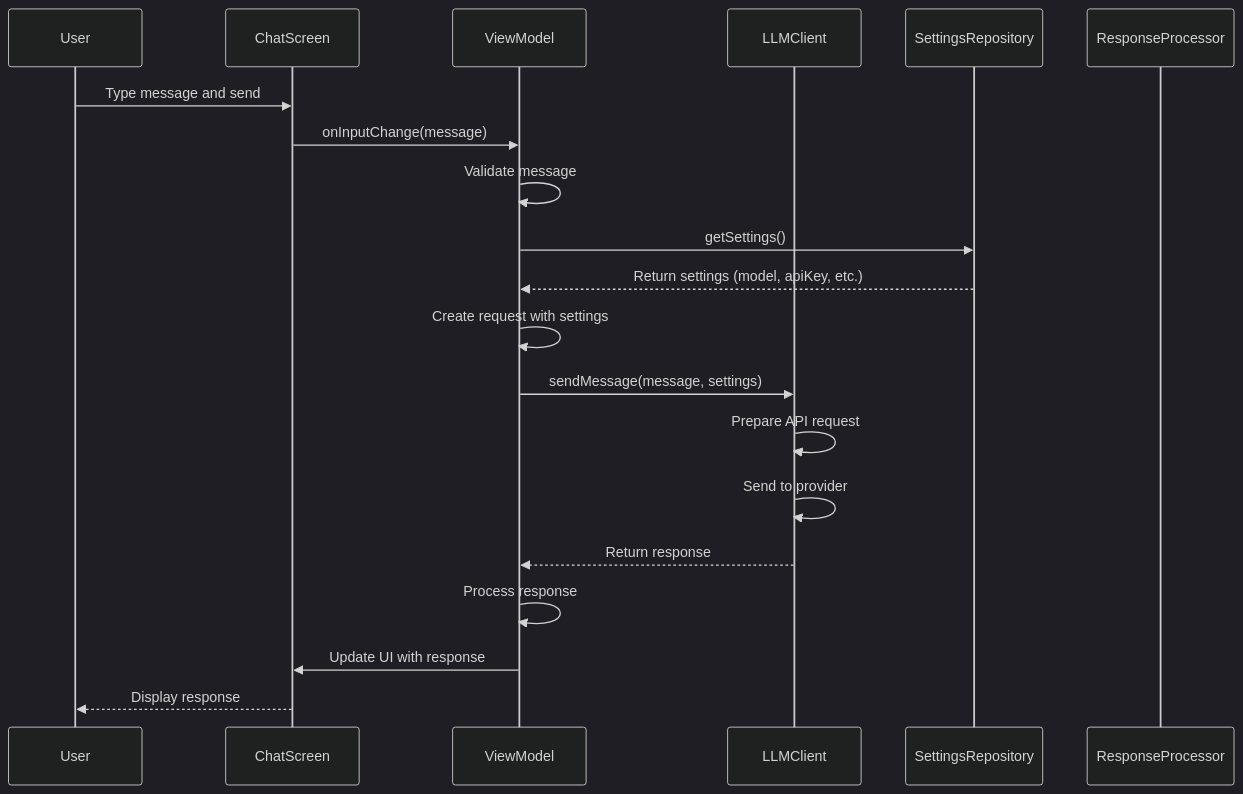
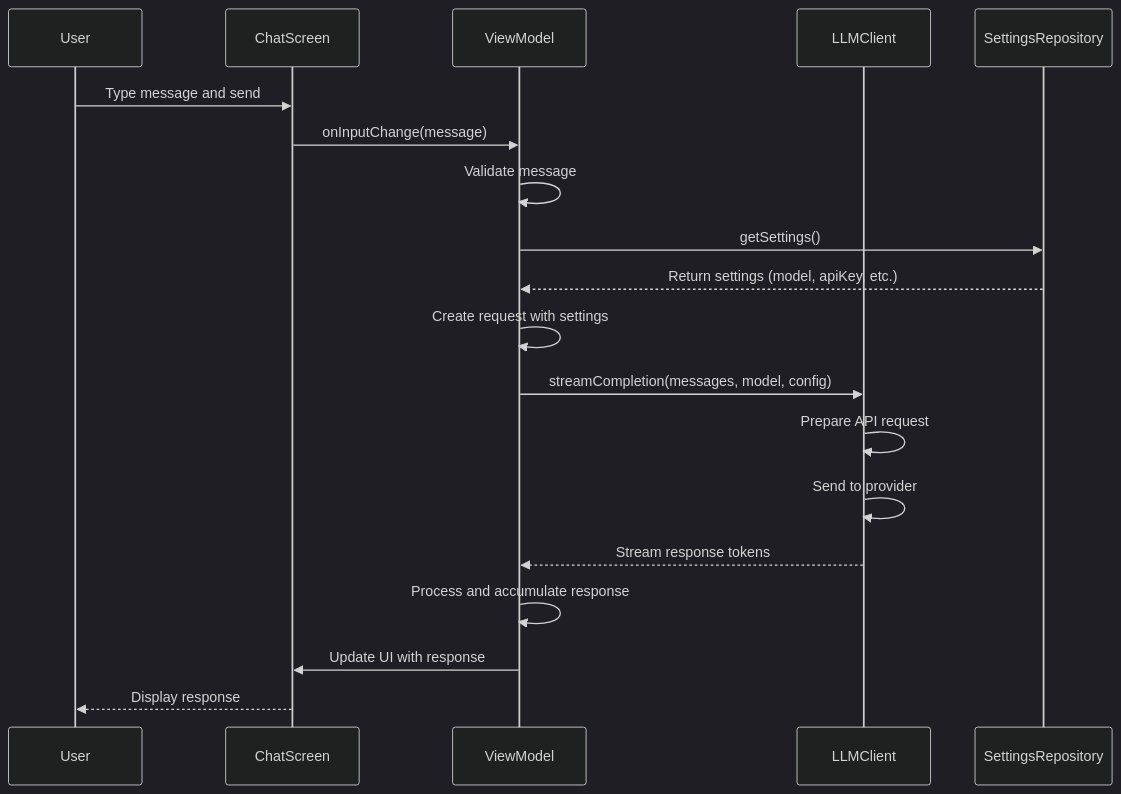
The first of 10 diagrams in docs/seq_chat.md (lehoang318/buddy), drawn with Mermaid (dark theme) before and after one commit. The commit also changed other lines of this file and 7 other files, not shown here.

````diff
--- a/docs/seq_chat.md
+++ b/docs/seq_chat.md
@@ -7,23 +7,22 @@
 ```mermaid
 sequenceDiagram
     participant User
     participant ChatScreen
     participant ViewModel
     participant LLMClient
     participant SettingsRepository
-    participant ResponseProcessor
 
     User->>ChatScreen: Type message and send
     ChatScreen->>ViewModel: onInputChange(message)
     ViewModel->>ViewModel: Validate message
     ViewModel->>SettingsRepository: getSettings()
     SettingsRepository-->>ViewModel: Return settings (model, apiKey, etc.)
     ViewModel->>ViewModel: Create request with settings
-    ViewModel->>LLMClient: sendMessage(message, settings)
+    ViewModel->>LLMClient: streamCompletion(messages, model, config)
     LLMClient->>LLMClient: Prepare API request
     LLMClient->>LLMClient: Send to provider
-    LLMClient-->>ViewModel: Return response
-    ViewModel->>ViewModel: Process response
+    LLMClient-->>ViewModel: Stream response tokens
+    ViewModel->>ViewModel: Process and accumulate response
     ViewModel->>ChatScreen: Update UI with response
     ChatScreen-->>User: Display response
 ```
````
